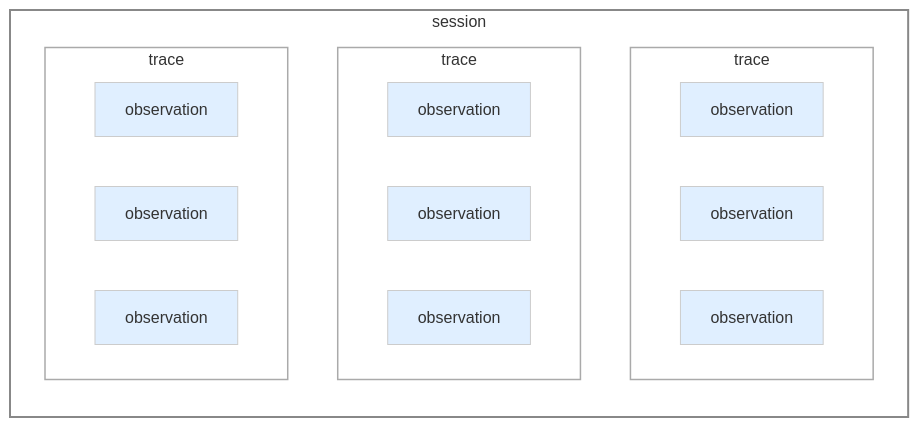
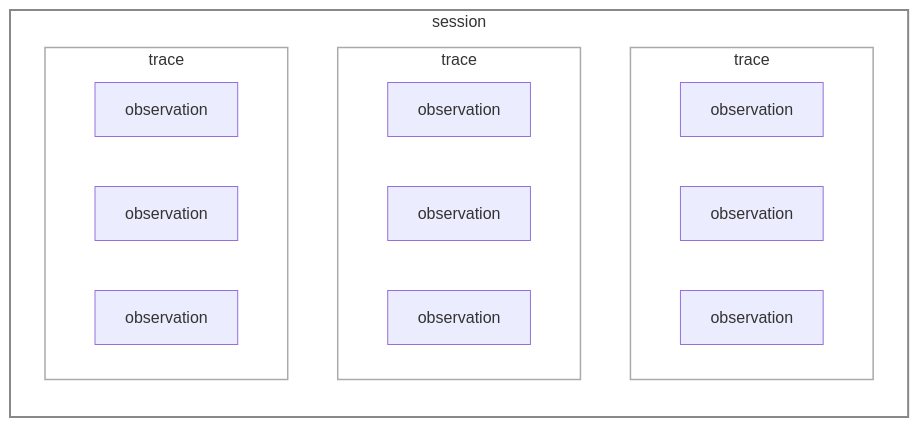
One commit to langfuse/langfuse-docs changed the first of 5 diagrams in pages/docs/observability/data-model.mdx. Above: the diagram before and after it, drawn with Mermaid. The commit also changed other lines of this file, not shown here.

First line of the commit message:
Removed custom styling from mermaid diagrams (#2352)

````diff
--- a/pages/docs/observability/data-model.mdx
+++ b/pages/docs/observability/data-model.mdx
@@ -16,37 +16,35 @@
 ```mermaid
 flowchart LR
 
     subgraph SESSION [session]
         direction TB
 
         subgraph TRACE1 [trace]
             direction LR
             O1[observation]
             O2[observation]
             O3[observation]
         end
 
         subgraph TRACE2 [trace]
             direction LR
             O4[observation]
             O5[observation]
             O6[observation]
         end
 
         subgraph TRACE3 [trace]
             direction LR
             O7[observation]
             O8[observation]
             O9[observation]
         end
 
     end
-    classDef sessionBox fill:#ffffff,stroke:#888,stroke-width:2px;
-    classDef traceBox fill:#ffffff,stroke:#aaa,stroke-width:1.5px;
-    classDef obsBox fill:#E0EFFF,stroke:#ccc;
+    classDef sessionBox fill:none,stroke:#888,stroke-width:2px;
+    classDef traceBox fill:none,stroke:#aaa,stroke-width:1.5px;
 
     %% Assign classes
     class SESSION sessionBox;
     class TRACE1,TRACE2,TRACE3 traceBox;
-    class O1,O2,O3,O4,O5,O6,O7,O8,O9 obsBox;
 ```
````
